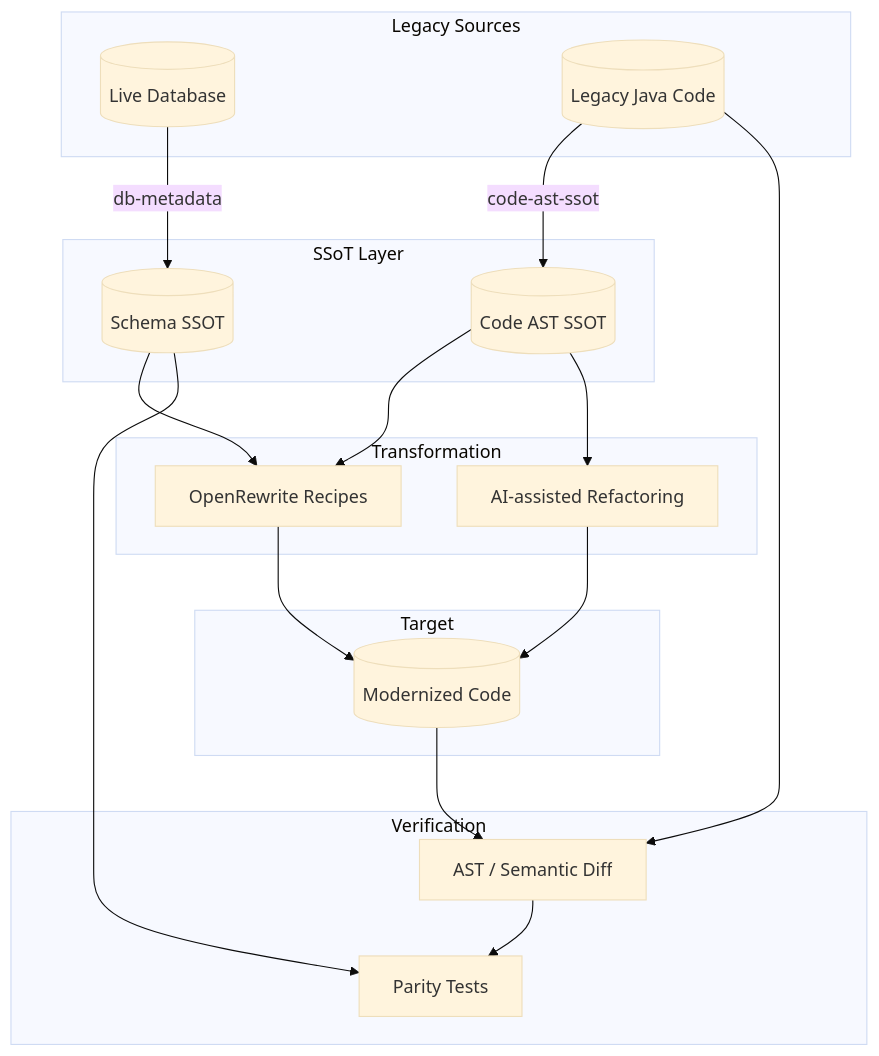
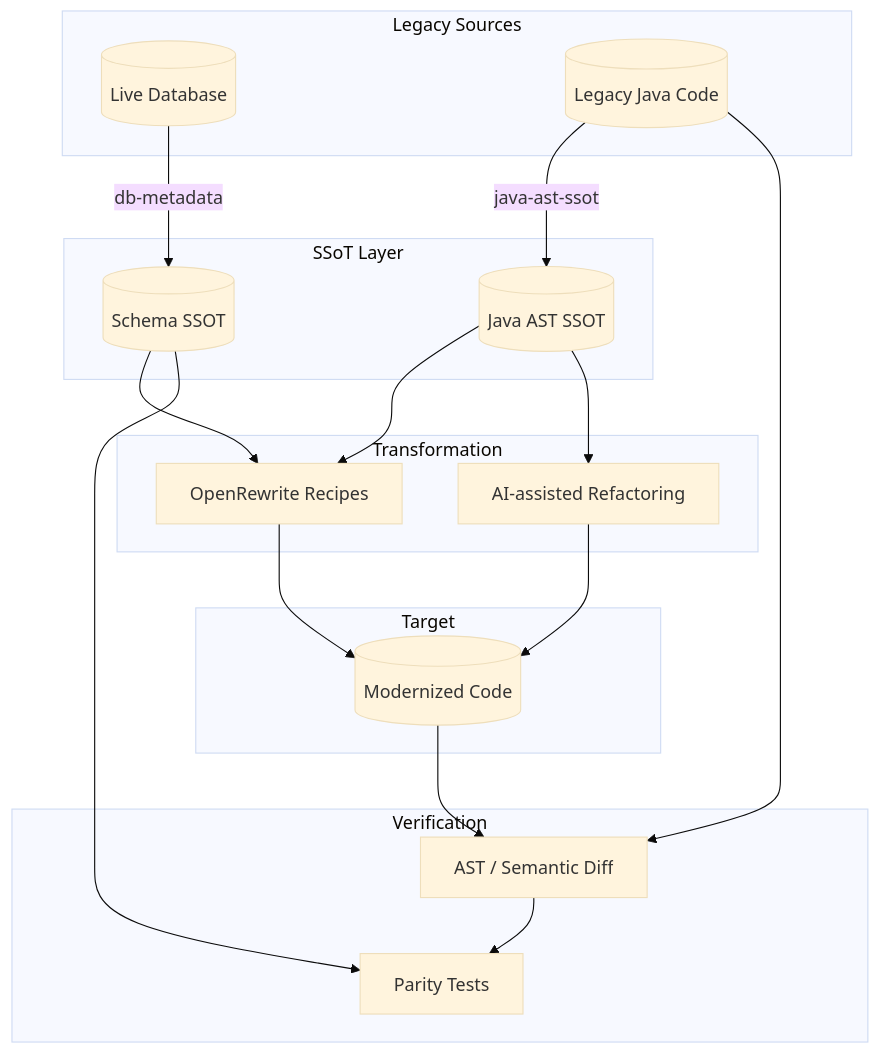
The diagram in README.md (anchor-migration/migration-hub), drawn with Mermaid (base theme) before and after one commit. The commit also changed other lines of this file and 6 other files, not shown here.

First line of the commit message:
Rename code-ast-ssot to java-ast-ssot across program docs.

````diff
--- a/README.md
+++ b/README.md
@@ -26,38 +26,38 @@
 ```mermaid
 flowchart TB
   subgraph sources [Legacy Sources]
     LiveDB[(Live Database)]
     LegacyCode[(Legacy Java Code)]
   end
 
   subgraph ssot [SSoT Layer]
     MetaDB[(Schema SSOT)]
-    CodeSSOT[(Code AST SSOT)]
+    JavaSSOT[(Java AST SSOT)]
   end
 
   subgraph transform [Transformation]
     OR[OpenRewrite Recipes]
     AI[AI-assisted Refactoring]
   end
 
   subgraph verify [Verification]
     ASTDiff[AST / Semantic Diff]
     Parity[Parity Tests]
   end
 
   subgraph output [Target]
     NewCode[(Modernized Code)]
   end
 
   LiveDB -->|db-metadata| MetaDB
-  LegacyCode -->|code-ast-ssot| CodeSSOT
+  LegacyCode -->|java-ast-ssot| JavaSSOT
   MetaDB --> OR
-  CodeSSOT --> OR
-  CodeSSOT --> AI
+  JavaSSOT --> OR
+  JavaSSOT --> AI
   OR --> NewCode
   AI --> NewCode
   LegacyCode --> ASTDiff
   NewCode --> ASTDiff
   MetaDB --> Parity
   ASTDiff --> Parity
 ```
````
